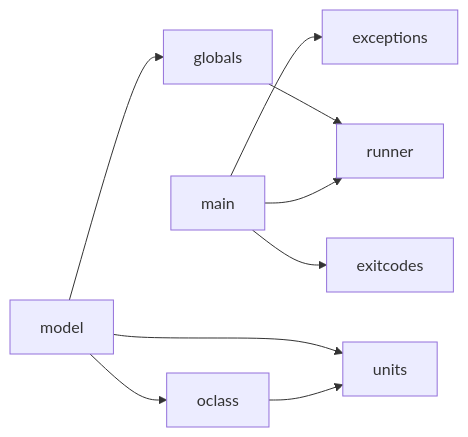
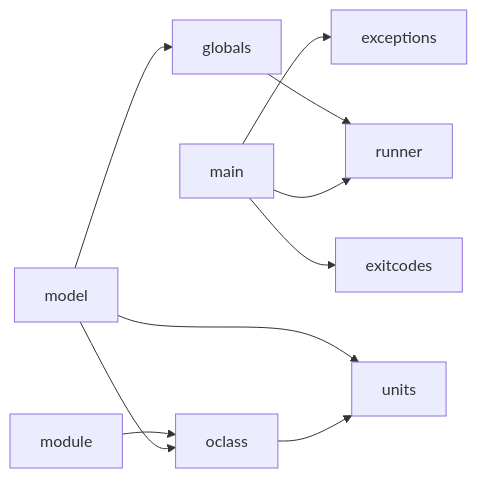
The diagram in DESIGN.md (arras-energy/arras), drawn with Mermaid before and after one commit. The commit also changed other lines of this file and 5 other files, not shown here.

````diff
--- a/DESIGN.md
+++ b/DESIGN.md
@@ -166,11 +191,12 @@
 ```mermaid
 flowchart LR
   main --> runner
   main --> exceptions
   main --> exitcodes
   globals --> runner
   oclass --> units
   model --> globals
   model --> oclass
   model --> units
+  module --> oclass
 ```
````
